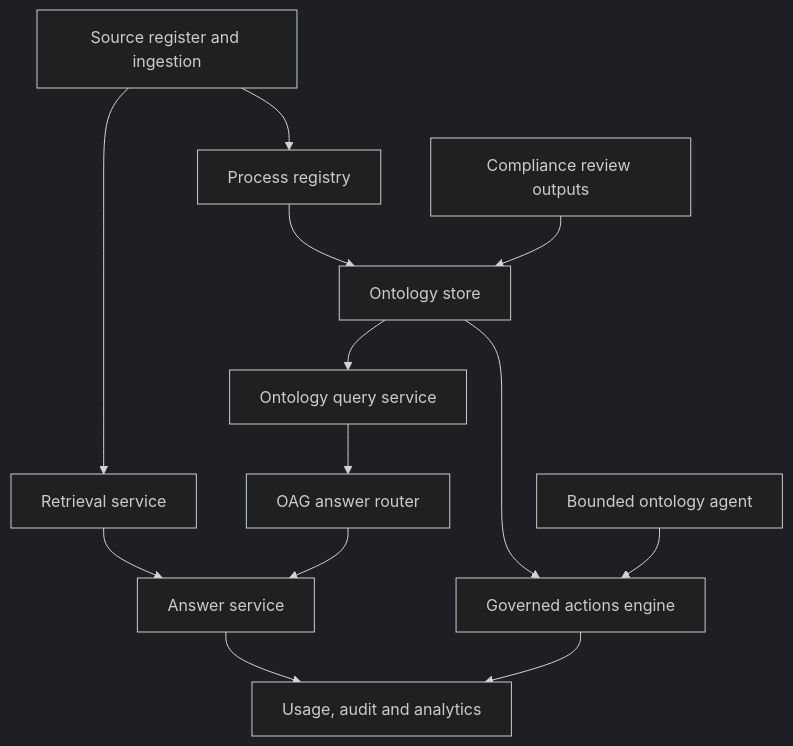
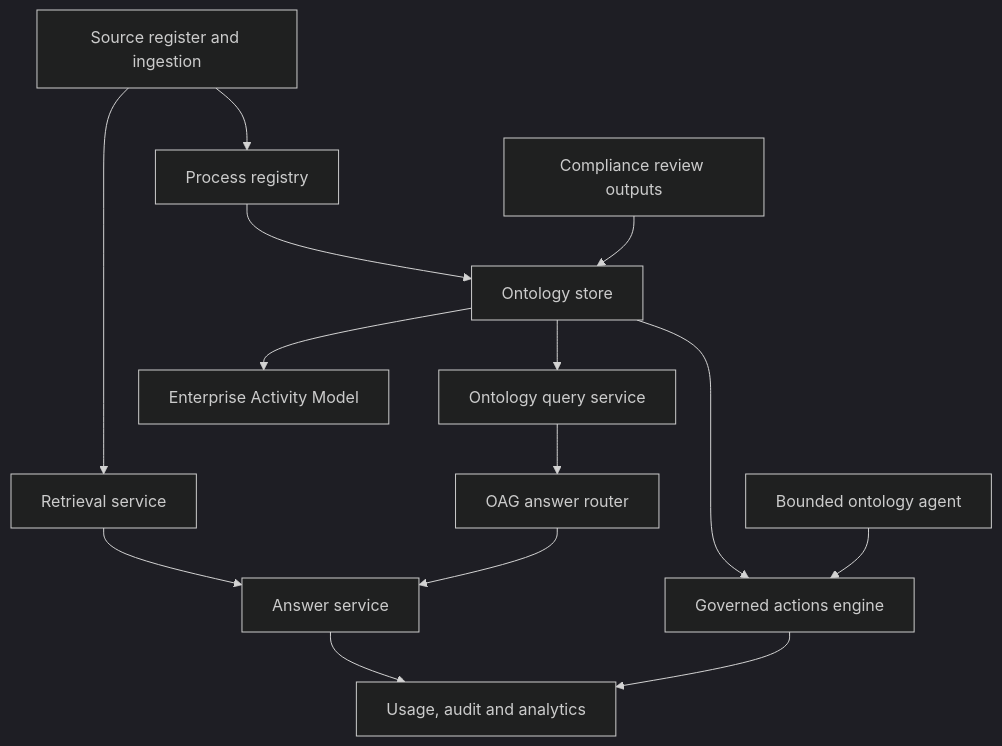
Before and after one commit to chriser/opsatlas: the diagram in docs/architecture/07-Core-Modules.md, drawn with Mermaid (dark theme). The commit also changed other lines of this file and 7 other files, not shown here.

Commit message:
Document EAM evidence and retire Operating Model

````diff
--- a/docs/architecture/07-Core-Modules.md
+++ b/docs/architecture/07-Core-Modules.md
@@ -5,15 +5,16 @@
 ```mermaid
 flowchart TB
   Sources["Source register and ingestion"] --> Retrieval["Retrieval service"]
   Sources --> Process["Process registry"]
   Process --> Ontology["Ontology store"]
   Compliance["Compliance review outputs"] --> Ontology
   Ontology --> Query["Ontology query service"]
+  Ontology --> EAM["Enterprise Activity Model"]
   Query --> Router["OAG answer router"]
   Retrieval --> Answer["Answer service"]
   Router --> Answer
   Answer --> Analytics["Usage, audit and analytics"]
   Ontology --> Actions["Governed actions engine"]
   Agent["Bounded ontology agent"] --> Actions
   Actions --> Analytics
 ```
````
